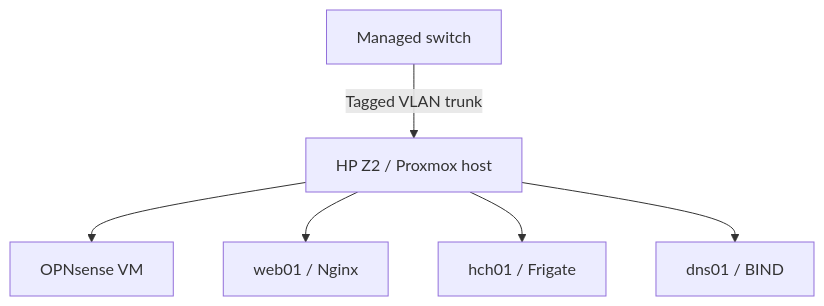
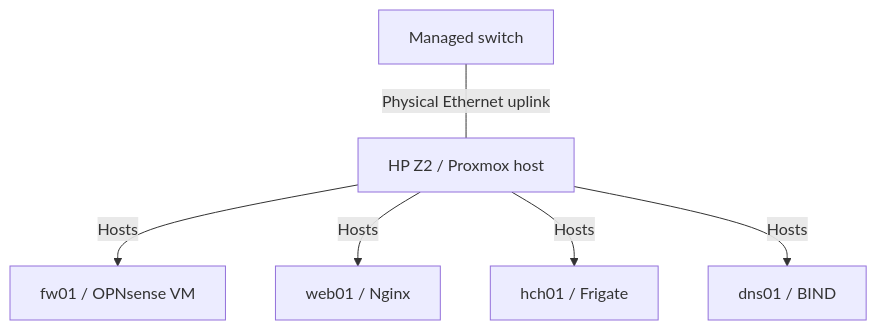
One commit to repo-sudo/infrastructure-portfolio changed the second of 2 diagrams in docs/network-topology.md. Above: the diagram before and after it, drawn with Mermaid. The commit also changed other lines of this file and 5 other files, not shown here.

Commit message:
Clarify physical switch role and virtual VLAN segmentation

````diff
--- a/docs/network-topology.md
+++ b/docs/network-topology.md
@@ -23,8 +23,8 @@
 ```mermaid
 flowchart TB
-    switch["Managed switch"] -->|Tagged VLAN trunk| host["HP Z2 / Proxmox host"]
-    host --> firewall["OPNsense VM"]
-    host --> web["web01 / Nginx"]
-    host --> control["hch01 / Frigate"]
-    host --> dns["dns01 / BIND"]
+    switch["Managed switch"] ---|Physical Ethernet uplink| host["HP Z2 / Proxmox host"]
+    host -->|Hosts| firewall["fw01 / OPNsense VM"]
+    host -->|Hosts| web["web01 / Nginx"]
+    host -->|Hosts| control["hch01 / Frigate"]
+    host -->|Hosts| dns["dns01 / BIND"]
 ```
````
